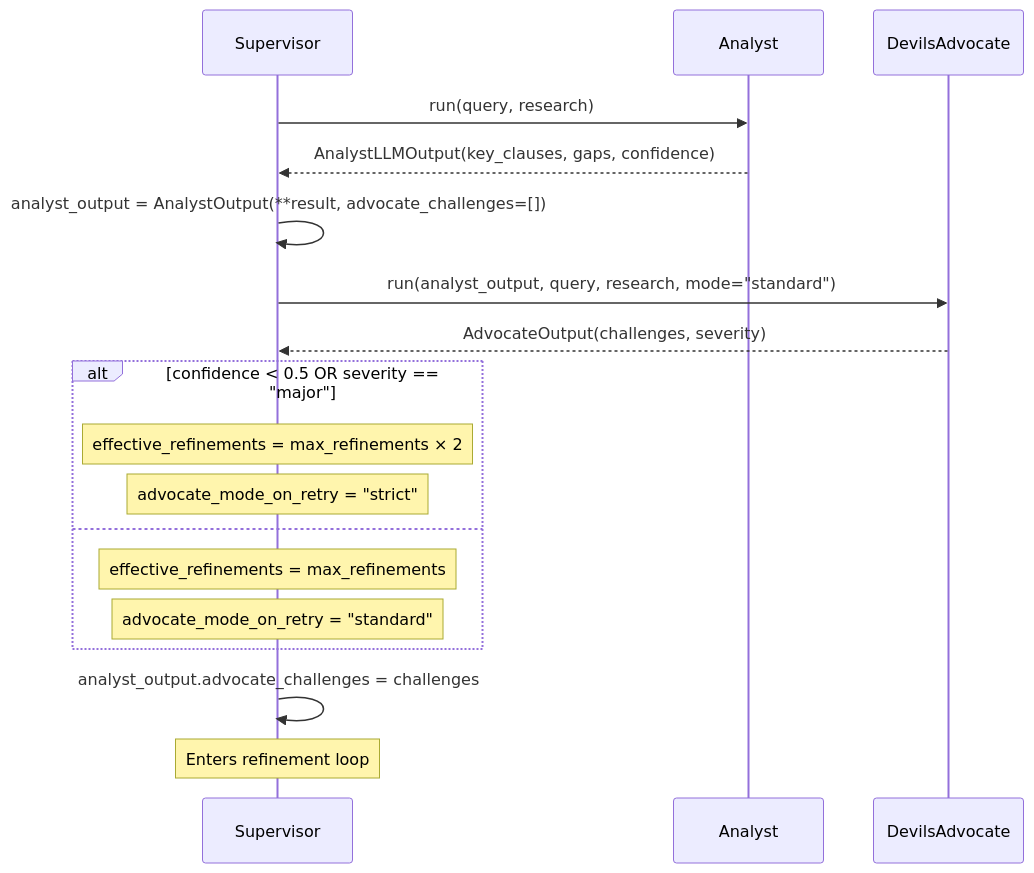
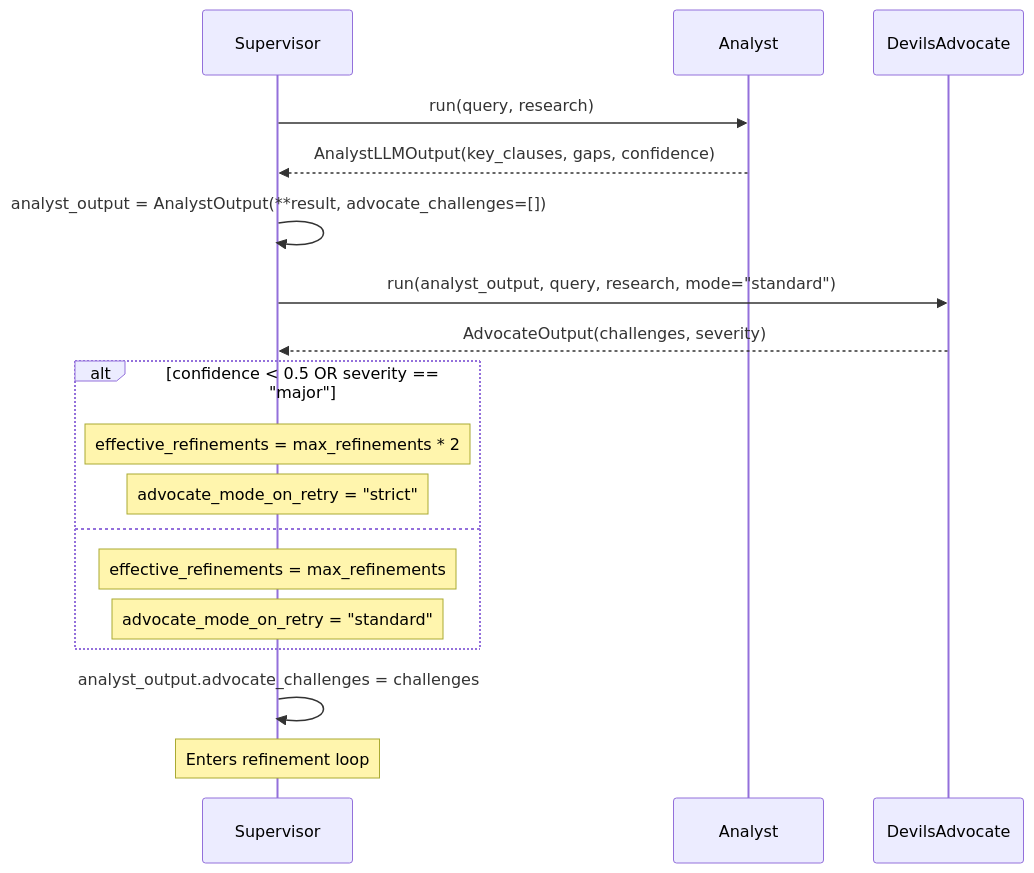
Before and after one commit to SamPowerCode/irish-statute-assistant: the third of 3 diagrams in docs/architecture/flows.md, drawn with Mermaid. The commit also changed other lines of this file and 1 other file, not shown here.

Commit message:
updated syntax errors in docs

````diff
--- a/docs/architecture/flows.md
+++ b/docs/architecture/flows.md
@@ -71,24 +71,24 @@
 ```{mermaid}
 sequenceDiagram
     participant S as Supervisor
     participant An as Analyst
     participant Ad as DevilsAdvocate
 
     S->>An: run(query, research)
     An-->>S: AnalystLLMOutput(key_clauses, gaps, confidence)
     S->>S: analyst_output = AnalystOutput(**result, advocate_challenges=[])
 
     S->>Ad: run(analyst_output, query, research, mode="standard")
     Ad-->>S: AdvocateOutput(challenges, severity)
 
     alt confidence < 0.5 OR severity == "major"
-        Note over S: effective_refinements = max_refinements × 2
+        Note over S: effective_refinements = max_refinements * 2
         Note over S: advocate_mode_on_retry = "strict"
     else
         Note over S: effective_refinements = max_refinements
         Note over S: advocate_mode_on_retry = "standard"
     end
 
     S->>S: analyst_output.advocate_challenges = challenges
     Note over S: Enters refinement loop
 ```
````
